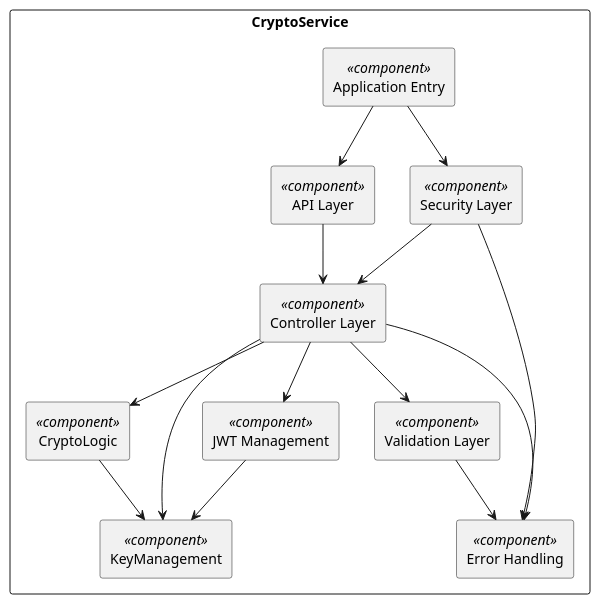
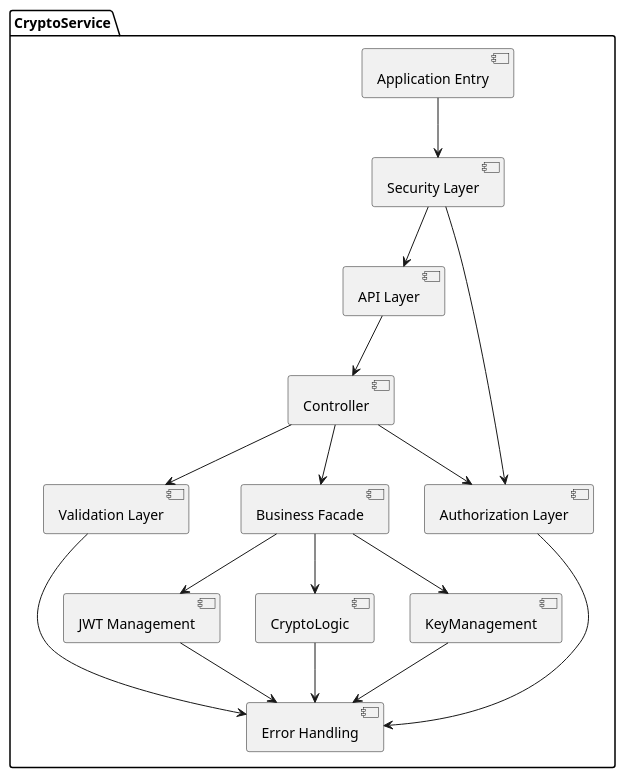
Before and after one commit to Marcey1611/Crypto-Microservice: the diagram in documentation/cryptoservice/uml/components-diagramm/components-diagramm.puml, drawn with PlantUML. The commit also changed 9 other files, not shown here.

Commit message:
updated uml diagrams

```diff
--- a/documentation/cryptoservice/uml/components-diagramm/components-diagramm.puml
+++ b/documentation/cryptoservice/uml/components-diagramm/components-diagramm.puml
@@ -1,38 +1,31 @@
 @startuml
-skinparam componentStyle rectangle
-skinparam packageStyle rectangle
+package "CryptoService" {
+    [Application Entry] as Entry
+    [Security Layer] as Security
+    [API Layer] as API
+    [Controller] as Controller
+    [Validation Layer] as Validation
+    [Authorization Layer] as Authorization
+    [Business Facade] as BusinessFacade
+    [KeyManagement] as KeyMgmt
+    [JWT Management] as JwtMgmt
+    [CryptoLogic] as Crypto
+    [Error Handling] as Error
 
-package "CryptoService" {
-
-  [API Layer] <<component>> as API
-  [Controller Layer] <<component>> as Controller
-  [CryptoLogic] <<component>> as Crypto
-  [KeyManagement] <<component>> as KeyMgmt
-  [JWT Management] <<component>> as JwtMgmt
-  [Validation Layer] <<component>> as Validation
-  [Security Layer] <<component>> as Security
-  [Error Handling] <<component>> as Error
-  [Application Entry] <<component>> as Entry
-
-  ' Beziehungen
-  API --> Controller
-  Controller --> Validation
-  Controller --> Crypto
-  Controller --> KeyMgmt
-  Controller --> JwtMgmt
-  Controller --> Error
-
-  Crypto --> KeyMgmt
-
-  JwtMgmt --> KeyMgmt
-
-  Validation --> Error
-
-  Security --> Controller
-  Security --> Error
-
-  Entry --> Security
-  Entry --> API
+    Entry --> Security
+    Security --> API
+    Security --> Authorization
+    API --> Controller
+    Controller --> Validation
+    Validation --> Error
+    Controller --> Authorization
+    Authorization --> Error
+    Controller --> BusinessFacade
+    BusinessFacade --> KeyMgmt
+    BusinessFacade --> JwtMgmt
+    BusinessFacade --> Crypto
+    KeyMgmt --> Error
+    JwtMgmt --> Error
+    Crypto --> Error
 }
-
 @enduml
```
